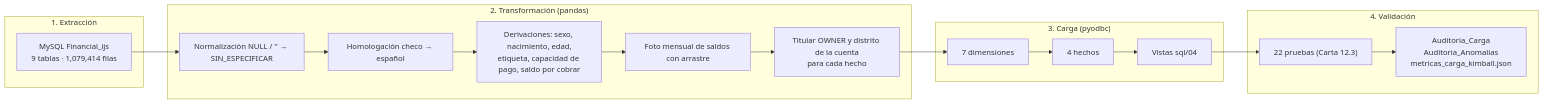
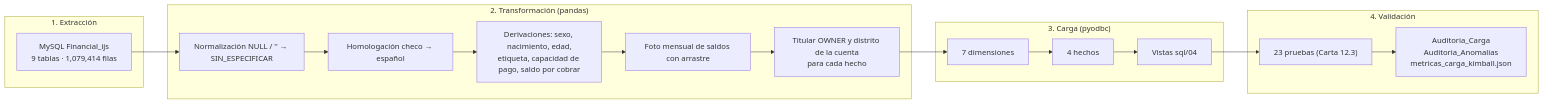
The diagram in 09_Informe_Carga_ETL_OLTP_Kimball.md (Hlagua/DocumentosBi), drawn with Mermaid before and after one commit. The commit also changed other lines of this file and 36 other files, not shown here.

````diff
--- a/09_Informe_Carga_ETL_OLTP_Kimball.md
+++ b/09_Informe_Carga_ETL_OLTP_Kimball.md
@@ -64,21 +64,21 @@
 ```mermaid
 flowchart LR
     subgraph E["1. Extracción"]
         M["MySQL Financial_ijs<br>9 tablas · 1,079,414 filas"]
     end
     subgraph T["2. Transformación (pandas)"]
         T1["Normalización NULL / '' → SIN_ESPECIFICAR"]
         T2["Homologación checo → español"]
         T3["Derivaciones: sexo, nacimiento, edad,<br>etiqueta, capacidad de pago, saldo por cobrar"]
         T4["Foto mensual de saldos con arrastre"]
         T5["Titular OWNER y distrito de la cuenta<br>para cada hecho"]
     end
     subgraph C["3. Carga (pyodbc)"]
         D["7 dimensiones"] --> F["4 hechos"] --> V["Vistas sql/04"]
     end
     subgraph Q["4. Validación"]
-        P["22 pruebas (Carta 12.3)"] --> A["Auditoria_Carga<br>Auditoria_Anomalias<br>metricas_carga_kimball.json"]
+        P["23 pruebas (Carta 12.3)"] --> A["Auditoria_Carga<br>Auditoria_Anomalias<br>metricas_carga_kimball.json"]
     end
     M --> T1 --> T2 --> T3 --> T4 --> T5 --> D
     V --> P
 ```
````
